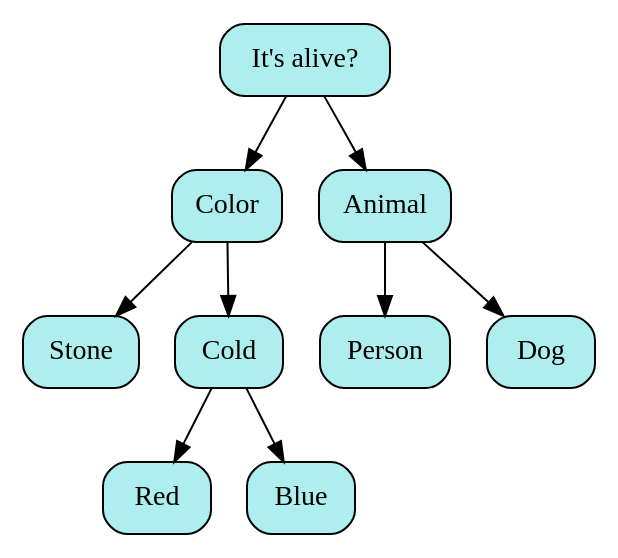
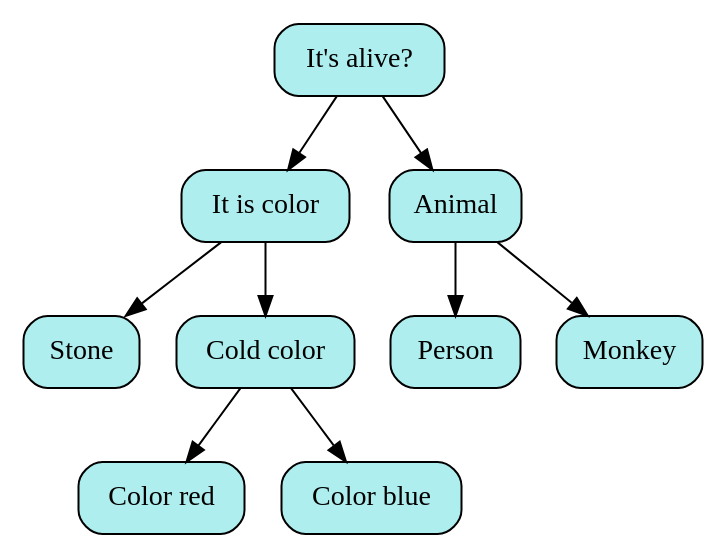
The diagram in pictures/image04.dot (SashaKhaytina/Akinator), drawn with Graphviz before and after one commit. The commit also changed 8 other files, not shown here.

```diff
--- a/pictures/image04.dot
+++ b/pictures/image04.dot
@@ -1,21 +1,21 @@
 digraph
 {
 rankdir = TB;
-POINT_0x63f77b2fa480[shape=Mrecord, label = "It's alive?", style="filled",fillcolor="#AFEEEE"]
-POINT_0x63f77b2fa640[shape=Mrecord, label = "Color", style="filled",fillcolor="#AFEEEE"]
-POINT_0x63f77b2fc3d0[shape=Mrecord, label = "Stone", style="filled",fillcolor="#AFEEEE"]
-POINT_0x63f77b2fc2f0[shape=Mrecord, label = "Cold", style="filled",fillcolor="#AFEEEE"]
-POINT_0x63f77b2fc590[shape=Mrecord, label = "Red", style="filled",fillcolor="#AFEEEE"]
-POINT_0x63f77b2fc4b0[shape=Mrecord, label = "Blue", style="filled",fillcolor="#AFEEEE"]
-POINT_0x63f77b2fa560[shape=Mrecord, label = "Animal", style="filled",fillcolor="#AFEEEE"]
-POINT_0x63f77b2fc210[shape=Mrecord, label = "Person", style="filled",fillcolor="#AFEEEE"]
-POINT_0x63f77b2fc130[shape=Mrecord, label = "Dog", style="filled",fillcolor="#AFEEEE"]
-POINT_0x63f77b2fa480 -> POINT_0x63f77b2fa640
-POINT_0x63f77b2fa480 -> POINT_0x63f77b2fa560
-POINT_0x63f77b2fa640 -> POINT_0x63f77b2fc3d0
-POINT_0x63f77b2fa640 -> POINT_0x63f77b2fc2f0
-POINT_0x63f77b2fc2f0 -> POINT_0x63f77b2fc590
-POINT_0x63f77b2fc2f0 -> POINT_0x63f77b2fc4b0
-POINT_0x63f77b2fa560 -> POINT_0x63f77b2fc210
-POINT_0x63f77b2fa560 -> POINT_0x63f77b2fc130
+POINT_0x61fda3fa72a0[shape=Mrecord, label = "It's alive?", style="filled",fillcolor="#AFEEEE"]
+POINT_0x61fda3fa7460[shape=Mrecord, label = "It is color", style="filled",fillcolor="#AFEEEE"]
+POINT_0x61fda3fa81e0[shape=Mrecord, label = "Stone", style="filled",fillcolor="#AFEEEE"]
+POINT_0x61fda3fa8100[shape=Mrecord, label = "Cold color", style="filled",fillcolor="#AFEEEE"]
+POINT_0x61fda3fa83a0[shape=Mrecord, label = "Color red", style="filled",fillcolor="#AFEEEE"]
+POINT_0x61fda3fa82c0[shape=Mrecord, label = "Color blue", style="filled",fillcolor="#AFEEEE"]
+POINT_0x61fda3fa7380[shape=Mrecord, label = "Animal", style="filled",fillcolor="#AFEEEE"]
+POINT_0x61fda3fa8020[shape=Mrecord, label = "Person", style="filled",fillcolor="#AFEEEE"]
+POINT_0x61fda3fa7f40[shape=Mrecord, label = "Monkey", style="filled",fillcolor="#AFEEEE"]
+POINT_0x61fda3fa72a0 -> POINT_0x61fda3fa7460
+POINT_0x61fda3fa72a0 -> POINT_0x61fda3fa7380
+POINT_0x61fda3fa7460 -> POINT_0x61fda3fa81e0
+POINT_0x61fda3fa7460 -> POINT_0x61fda3fa8100
+POINT_0x61fda3fa8100 -> POINT_0x61fda3fa83a0
+POINT_0x61fda3fa8100 -> POINT_0x61fda3fa82c0
+POINT_0x61fda3fa7380 -> POINT_0x61fda3fa8020
+POINT_0x61fda3fa7380 -> POINT_0x61fda3fa7f40
 }
```
